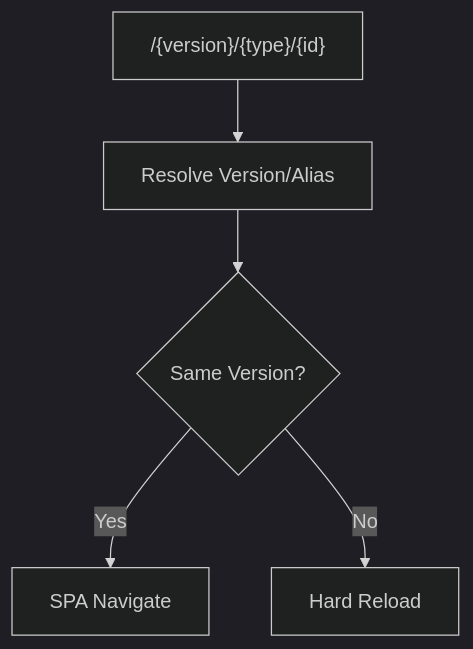
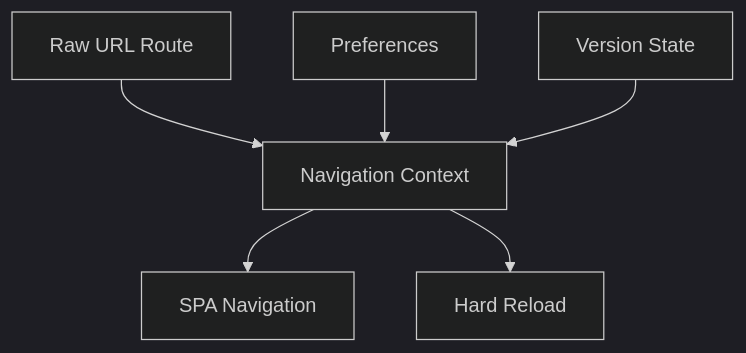
The seventh of 8 diagrams in docs/architecture.md (ushkinaz/cbn-guide), drawn with Mermaid (dark theme) before and after one commit. The commit also changed other lines of this file and 36 other files, not shown here.

````diff
--- a/docs/architecture.md
+++ b/docs/architecture.md
@@ -234,13 +244,15 @@
 ```mermaid
 flowchart TB
-    URL["/{version}/{type}/{id}"]
-    Resolve["Resolve Version/Alias"]
-    Nav{"Same Version?"}
-    Soft["SPA Navigate"]
+    URL["Raw URL Route"]
+    Prefs["Preferences"]
+    Version["Version State"]
+    Nav["Navigation Context"]
+    Soft["SPA Navigation"]
     Hard["Hard Reload"]
 
-    URL --> Resolve
-    Resolve --> Nav
-    Nav -->|Yes| Soft
-    Nav -->|No| Hard
+    URL --> Nav
+    Prefs --> Nav
+    Version --> Nav
+    Nav --> Soft
+    Nav --> Hard
 ```
````
